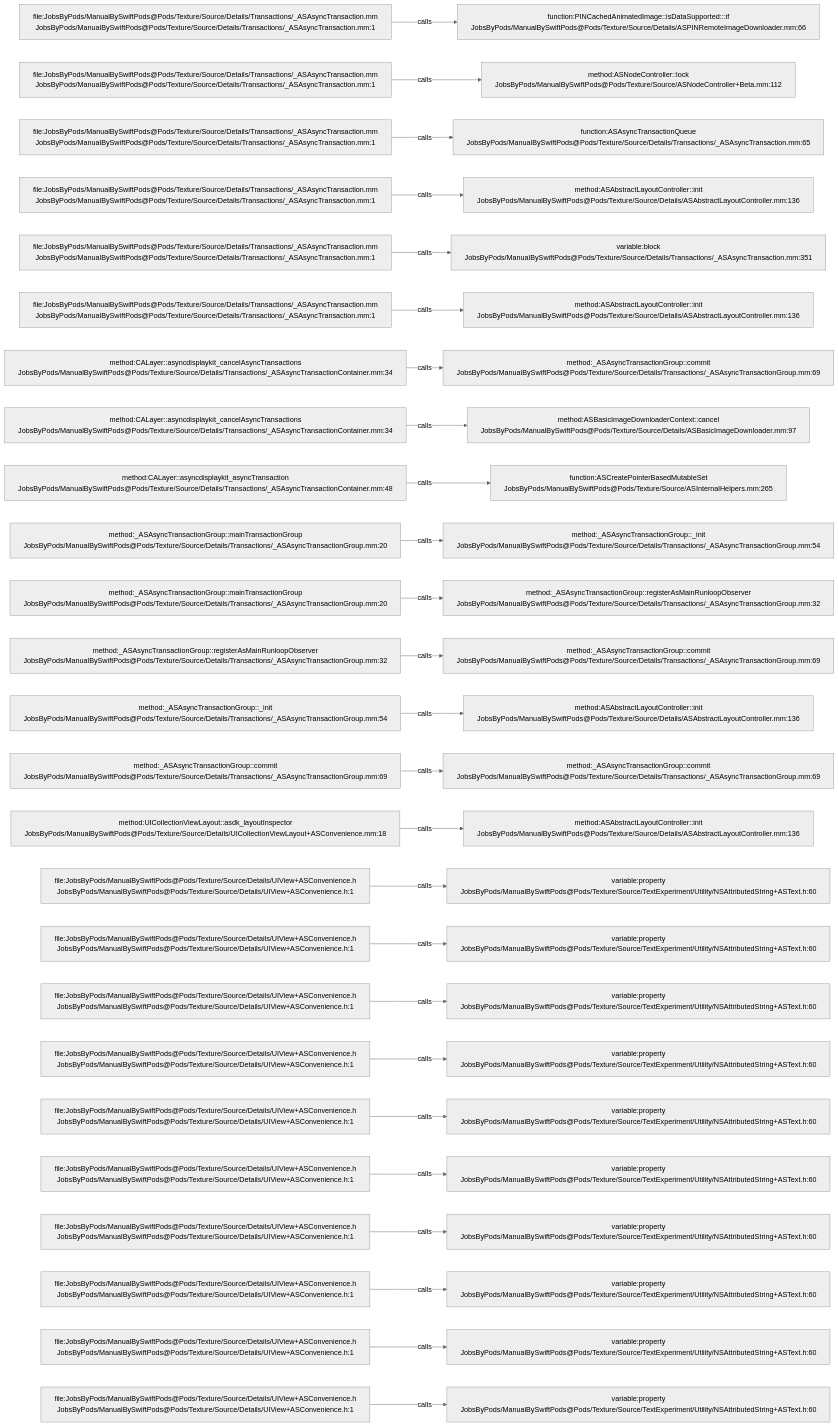
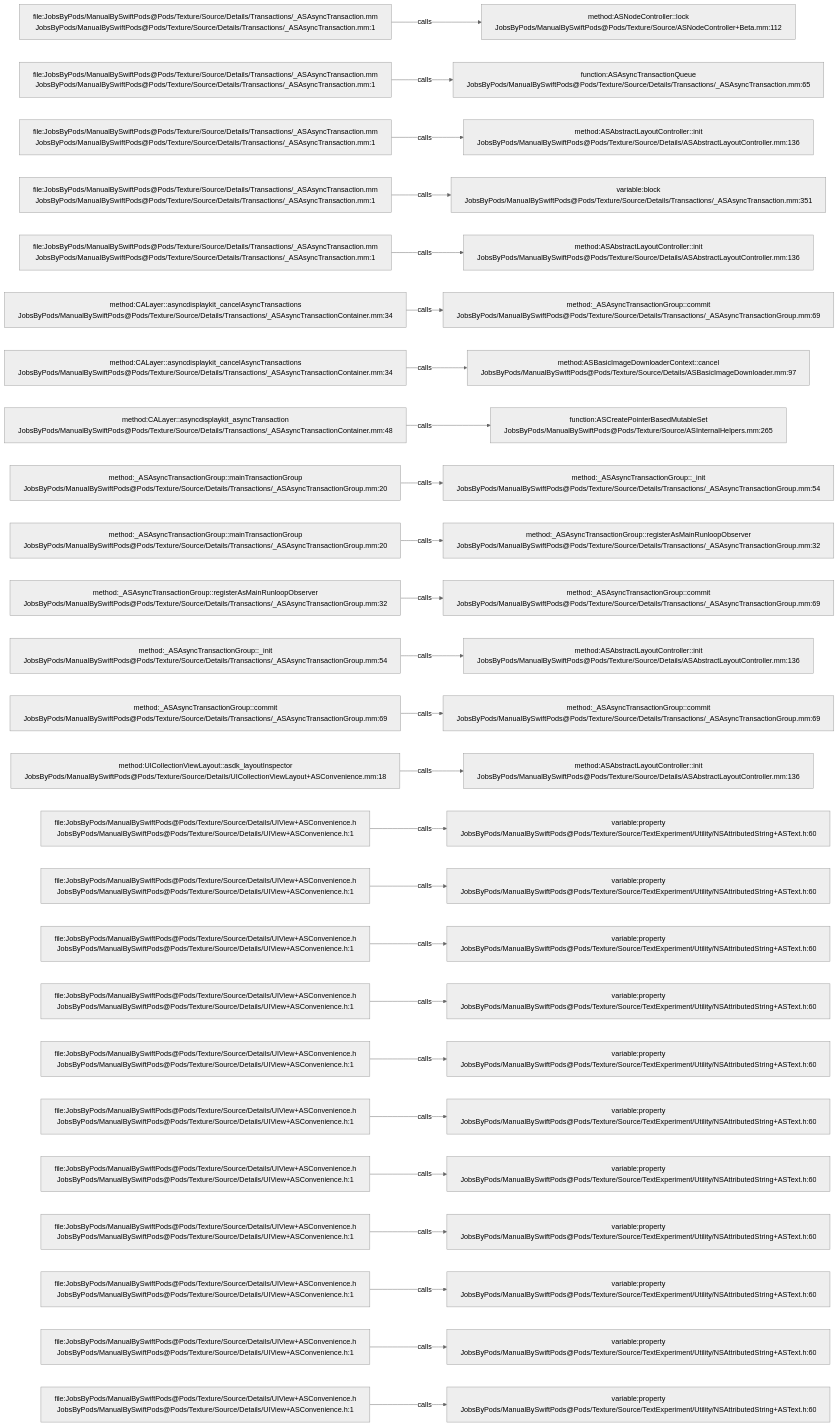
The diagram in .codegraph/codegraph.md/graphs/calls-099.md (JobsKits/JobsSwiftBaseConfigDemo), drawn with Mermaid (neutral theme) before and after one commit. The commit also changed 747 other files, not shown here.

````diff
--- a/.codegraph/codegraph.md/graphs/calls-099.md
+++ b/.codegraph/codegraph.md/graphs/calls-099.md
@@ -13,78 +13,78 @@
 ```mermaid
 flowchart LR
   S1["file:JobsByPods/ManualBySwiftPods@Pods/Texture/Source/Details/Transactions/_ASAsyncTransaction.mm<br/>JobsByPods/ManualBySwiftPods@Pods/Texture/Source/Details/Transactions/_ASAsyncTransaction.mm:1"]
-  T1["function:PINCachedAnimatedImage::isDataSupported:::if<br/>JobsByPods/ManualBySwiftPods@Pods/Texture/Source/Details/ASPINRemoteImageDownloader.mm:66"]
+  T1["method:ASNodeController::lock<br/>JobsByPods/ManualBySwiftPods@Pods/Texture/Source/ASNodeController+Beta.mm:112"]
   S1 -->|calls| T1
   S2["file:JobsByPods/ManualBySwiftPods@Pods/Texture/Source/Details/Transactions/_ASAsyncTransaction.mm<br/>JobsByPods/ManualBySwiftPods@Pods/Texture/Source/Details/Transactions/_ASAsyncTransaction.mm:1"]
-  T2["method:ASNodeController::lock<br/>JobsByPods/ManualBySwiftPods@Pods/Texture/Source/ASNodeController+Beta.mm:112"]
+  T2["function:ASAsyncTransactionQueue<br/>JobsByPods/ManualBySwiftPods@Pods/Texture/Source/Details/Transactions/_ASAsyncTransaction.mm:65"]
   S2 -->|calls| T2
   S3["file:JobsByPods/ManualBySwiftPods@Pods/Texture/Source/Details/Transactions/_ASAsyncTransaction.mm<br/>JobsByPods/ManualBySwiftPods@Pods/Texture/Source/Details/Transactions/_ASAsyncTransaction.mm:1"]
-  T3["function:ASAsyncTransactionQueue<br/>JobsByPods/ManualBySwiftPods@Pods/Texture/Source/Details/Transactions/_ASAsyncTransaction.mm:65"]
+  T3["method:ASAbstractLayoutController::init<br/>JobsByPods/ManualBySwiftPods@Pods/Texture/Source/Details/ASAbstractLayoutController.mm:136"]
   S3 -->|calls| T3
   S4["file:JobsByPods/ManualBySwiftPods@Pods/Texture/Source/Details/Transactions/_ASAsyncTransaction.mm<br/>JobsByPods/ManualBySwiftPods@Pods/Texture/Source/Details/Transactions/_ASAsyncTransaction.mm:1"]
-  T4["method:ASAbstractLayoutController::init<br/>JobsByPods/ManualBySwiftPods@Pods/Texture/Source/Details/ASAbstractLayoutController.mm:136"]
+  T4["variable:block<br/>JobsByPods/ManualBySwiftPods@Pods/Texture/Source/Details/Transactions/_ASAsyncTransaction.mm:351"]
   S4 -->|calls| T4
   S5["file:JobsByPods/ManualBySwiftPods@Pods/Texture/Source/Details/Transactions/_ASAsyncTransaction.mm<br/>JobsByPods/ManualBySwiftPods@Pods/Texture/Source/Details/Transactions/_ASAsyncTransaction.mm:1"]
-  T5["variable:block<br/>JobsByPods/ManualBySwiftPods@Pods/Texture/Source/Details/Transactions/_ASAsyncTransaction.mm:351"]
+  T5["method:ASAbstractLayoutController::init<br/>JobsByPods/ManualBySwiftPods@Pods/Texture/Source/Details/ASAbstractLayoutController.mm:136"]
   S5 -->|calls| T5
-  S6["file:JobsByPods/ManualBySwiftPods@Pods/Texture/Source/Details/Transactions/_ASAsyncTransaction.mm<br/>JobsByPods/ManualBySwiftPods@Pods/Texture/Source/Details/Transactions/_ASAsyncTransaction.mm:1"]
-  T6["method:ASAbstractLayoutController::init<br/>JobsByPods/ManualBySwiftPods@Pods/Texture/Source/Details/ASAbstractLayoutController.mm:136"]
+  S6["method:CALayer::asyncdisplaykit_cancelAsyncTransactions<br/>JobsByPods/ManualBySwiftPods@Pods/Texture/Source/Details/Transactions/_ASAsyncTransactionContainer.mm:34"]
+  T6["method:_ASAsyncTransactionGroup::commit<br/>JobsByPods/ManualBySwiftPods@Pods/Texture/Source/Details/Transactions/_ASAsyncTransactionGroup.mm:69"]
   S6 -->|calls| T6
   S7["method:CALayer::asyncdisplaykit_cancelAsyncTransactions<br/>JobsByPods/ManualBySwiftPods@Pods/Texture/Source/Details/Transactions/_ASAsyncTransactionContainer.mm:34"]
-  T7["method:_ASAsyncTransactionGroup::commit<br/>JobsByPods/ManualBySwiftPods@Pods/Texture/Source/Details/Transactions/_ASAsyncTransactionGroup.mm:69"]
+  T7["method:ASBasicImageDownloaderContext::cancel<br/>JobsByPods/ManualBySwiftPods@Pods/Texture/Source/Details/ASBasicImageDownloader.mm:97"]
   S7 -->|calls| T7
-  S8["method:CALayer::asyncdisplaykit_cancelAsyncTransactions<br/>JobsByPods/ManualBySwiftPods@Pods/Texture/Source/Details/Transactions/_ASAsyncTransactionContainer.mm:34"]
-  T8["method:ASBasicImageDownloaderContext::cancel<br/>JobsByPods/ManualBySwiftPods@Pods/Texture/Source/Details/ASBasicImageDownloader.mm:97"]
+  S8["method:CALayer::asyncdisplaykit_asyncTransaction<br/>JobsByPods/ManualBySwiftPods@Pods/Texture/Source/Details/Transactions/_ASAsyncTransactionContainer.mm:48"]
+  T8["function:ASCreatePointerBasedMutableSet<br/>JobsByPods/ManualBySwiftPods@Pods/Texture/Source/ASInternalHelpers.mm:265"]
   S8 -->|calls| T8
-  S9["method:CALayer::asyncdisplaykit_asyncTransaction<br/>JobsByPods/ManualBySwiftPods@Pods/Texture/Source/Details/Transactions/_ASAsyncTransactionContainer.mm:48"]
-  T9["function:ASCreatePointerBasedMutableSet<br/>JobsByPods/ManualBySwiftPods@Pods/Texture/Source/ASInternalHelpers.mm:265"]
+  S9["method:_ASAsyncTransactionGroup::mainTransactionGroup<br/>JobsByPods/ManualBySwiftPods@Pods/Texture/Source/Details/Transactions/_ASAsyncTransactionGroup.mm:20"]
+  T9["method:_ASAsyncTransactionGroup::_init<br/>JobsByPods/ManualBySwiftPods@Pods/Texture/Source/Details/Transactions/_ASAsyncTransactionGroup.mm:54"]
   S9 -->|calls| T9
   S10["method:_ASAsyncTransactionGroup::mainTransactionGroup<br/>JobsByPods/ManualBySwiftPods@Pods/Texture/Source/Details/Transactions/_ASAsyncTransactionGroup.mm:20"]
-  T10["method:_ASAsyncTransactionGroup::_init<br/>JobsByPods/ManualBySwiftPods@Pods/Texture/Source/Details/Transactions/_ASAsyncTransactionGroup.mm:54"]
+  T10["method:_ASAsyncTransactionGroup::registerAsMainRunloopObserver<br/>JobsByPods/ManualBySwiftPods@Pods/Texture/Source/Details/Transactions/_ASAsyncTransactionGroup.mm:32"]
   S10 -->|calls| T10
-  S11["method:_ASAsyncTransactionGroup::mainTransactionGroup<br/>JobsByPods/ManualBySwiftPods@Pods/Texture/Source/Details/Transactions/_ASAsyncTransactionGroup.mm:20"]
-  T11["method:_ASAsyncTransactionGroup::registerAsMainRunloopObserver<br/>JobsByPods/ManualBySwiftPods@Pods/Texture/Source/Details/Transactions/_ASAsyncTransactionGroup.mm:32"]
+  S11["method:_ASAsyncTransactionGroup::registerAsMainRunloopObserver<br/>JobsByPods/ManualBySwiftPods@Pods/Texture/Source/Details/Transactions/_ASAsyncTransactionGroup.mm:32"]
+  T11["method:_ASAsyncTransactionGroup::commit<br/>JobsByPods/ManualBySwiftPods@Pods/Texture/Source/Details/Transactions/_ASAsyncTransactionGroup.mm:69"]
   S11 -->|calls| T11
-  S12["method:_ASAsyncTransactionGroup::registerAsMainRunloopObserver<br/>JobsByPods/ManualBySwiftPods@Pods/Texture/Source/Details/Transactions/_ASAsyncTransactionGroup.mm:32"]
-  T12["method:_ASAsyncTransactionGroup::commit<br/>JobsByPods/ManualBySwiftPods@Pods/Texture/Source/Details/Transactions/_ASAsyncTransactionGroup.mm:69"]
+  S12["method:_ASAsyncTransactionGroup::_init<br/>JobsByPods/ManualBySwiftPods@Pods/Texture/Source/Details/Transactions/_ASAsyncTransactionGroup.mm:54"]
+  T12["method:ASAbstractLayoutController::init<br/>JobsByPods/ManualBySwiftPods@Pods/Texture/Source/Details/ASAbstractLayoutController.mm:136"]
   S12 -->|calls| T12
-  S13["method:_ASAsyncTransactionGroup::_init<br/>JobsByPods/ManualBySwiftPods@Pods/Texture/Source/Details/Transactions/_ASAsyncTransactionGroup.mm:54"]
-  T13["method:ASAbstractLayoutController::init<br/>JobsByPods/ManualBySwiftPods@Pods/Texture/Source/Details/ASAbstractLayoutController.mm:136"]
+  S13["method:_ASAsyncTransactionGroup::commit<br/>JobsByPods/ManualBySwiftPods@Pods/Texture/Source/Details/Transactions/_ASAsyncTransactionGroup.mm:69"]
+  T13["method:_ASAsyncTransactionGroup::commit<br/>JobsByPods/ManualBySwiftPods@Pods/Texture/Source/Details/Transactions/_ASAsyncTransactionGroup.mm:69"]
   S13 -->|calls| T13
-  S14["method:_ASAsyncTransactionGroup::commit<br/>JobsByPods/ManualBySwiftPods@Pods/Texture/Source/Details/Transactions/_ASAsyncTransactionGroup.mm:69"]
-  T14["method:_ASAsyncTransactionGroup::commit<br/>JobsByPods/ManualBySwiftPods@Pods/Texture/Source/Details/Transactions/_ASAsyncTransactionGroup.mm:69"]
+  S14["method:UICollectionViewLayout::asdk_layoutInspector<br/>JobsByPods/ManualBySwiftPods@Pods/Texture/Source/Details/UICollectionViewLayout+ASConvenience.mm:18"]
+  T14["method:ASAbstractLayoutController::init<br/>JobsByPods/ManualBySwiftPods@Pods/Texture/Source/Details/ASAbstractLayoutController.mm:136"]
   S14 -->|calls| T14
-  S15["method:UICollectionViewLayout::asdk_layoutInspector<br/>JobsByPods/ManualBySwiftPods@Pods/Texture/Source/Details/UICollectionViewLayout+ASConvenience.mm:18"]
-  T15["method:ASAbstractLayoutController::init<br/>JobsByPods/ManualBySwiftPods@Pods/Texture/Source/Details/ASAbstractLayoutController.mm:136"]
+  S15["file:JobsByPods/ManualBySwiftPods@Pods/Texture/Source/Details/UIView+ASConvenience.h<br/>JobsByPods/ManualBySwiftPods@Pods/Texture/Source/Details/UIView+ASConvenience.h:1"]
+  T15["variable:property<br/>JobsByPods/ManualBySwiftPods@Pods/Texture/Source/TextExperiment/Utility/NSAttributedString+ASText.h:60"]
   S15 -->|calls| T15
   S16["file:JobsByPods/ManualBySwiftPods@Pods/Texture/Source/Details/UIView+ASConvenience.h<br/>JobsByPods/ManualBySwiftPods@Pods/Texture/Source/Details/UIView+ASConvenience.h:1"]
   T16["variable:property<br/>JobsByPods/ManualBySwiftPods@Pods/Texture/Source/TextExperiment/Utility/NSAttributedString+ASText.h:60"]
   S16 -->|calls| T16
   S17["file:JobsByPods/ManualBySwiftPods@Pods/Texture/Source/Details/UIView+ASConvenience.h<br/>JobsByPods/ManualBySwiftPods@Pods/Texture/Source/Details/UIView+ASConvenience.h:1"]
   T17["variable:property<br/>JobsByPods/ManualBySwiftPods@Pods/Texture/Source/TextExperiment/Utility/NSAttributedString+ASText.h:60"]
   S17 -->|calls| T17
   S18["file:JobsByPods/ManualBySwiftPods@Pods/Texture/Source/Details/UIView+ASConvenience.h<br/>JobsByPods/ManualBySwiftPods@Pods/Texture/Source/Details/UIView+ASConvenience.h:1"]
   T18["variable:property<br/>JobsByPods/ManualBySwiftPods@Pods/Texture/Source/TextExperiment/Utility/NSAttributedString+ASText.h:60"]
   S18 -->|calls| T18
   S19["file:JobsByPods/ManualBySwiftPods@Pods/Texture/Source/Details/UIView+ASConvenience.h<br/>JobsByPods/ManualBySwiftPods@Pods/Texture/Source/Details/UIView+ASConvenience.h:1"]
   T19["variable:property<br/>JobsByPods/ManualBySwiftPods@Pods/Texture/Source/TextExperiment/Utility/NSAttributedString+ASText.h:60"]
   S19 -->|calls| T19
   S20["file:JobsByPods/ManualBySwiftPods@Pods/Texture/Source/Details/UIView+ASConvenience.h<br/>JobsByPods/ManualBySwiftPods@Pods/Texture/Source/Details/UIView+ASConvenience.h:1"]
   T20["variable:property<br/>JobsByPods/ManualBySwiftPods@Pods/Texture/Source/TextExperiment/Utility/NSAttributedString+ASText.h:60"]
   S20 -->|calls| T20
   S21["file:JobsByPods/ManualBySwiftPods@Pods/Texture/Source/Details/UIView+ASConvenience.h<br/>JobsByPods/ManualBySwiftPods@Pods/Texture/Source/Details/UIView+ASConvenience.h:1"]
   T21["variable:property<br/>JobsByPods/ManualBySwiftPods@Pods/Texture/Source/TextExperiment/Utility/NSAttributedString+ASText.h:60"]
   S21 -->|calls| T21
   S22["file:JobsByPods/ManualBySwiftPods@Pods/Texture/Source/Details/UIView+ASConvenience.h<br/>JobsByPods/ManualBySwiftPods@Pods/Texture/Source/Details/UIView+ASConvenience.h:1"]
   T22["variable:property<br/>JobsByPods/ManualBySwiftPods@Pods/Texture/Source/TextExperiment/Utility/NSAttributedString+ASText.h:60"]
   S22 -->|calls| T22
   S23["file:JobsByPods/ManualBySwiftPods@Pods/Texture/Source/Details/UIView+ASConvenience.h<br/>JobsByPods/ManualBySwiftPods@Pods/Texture/Source/Details/UIView+ASConvenience.h:1"]
   T23["variable:property<br/>JobsByPods/ManualBySwiftPods@Pods/Texture/Source/TextExperiment/Utility/NSAttributedString+ASText.h:60"]
   S23 -->|calls| T23
   S24["file:JobsByPods/ManualBySwiftPods@Pods/Texture/Source/Details/UIView+ASConvenience.h<br/>JobsByPods/ManualBySwiftPods@Pods/Texture/Source/Details/UIView+ASConvenience.h:1"]
   T24["variable:property<br/>JobsByPods/ManualBySwiftPods@Pods/Texture/Source/TextExperiment/Utility/NSAttributedString+ASText.h:60"]
   S24 -->|calls| T24
   S25["file:JobsByPods/ManualBySwiftPods@Pods/Texture/Source/Details/UIView+ASConvenience.h<br/>JobsByPods/ManualBySwiftPods@Pods/Texture/Source/Details/UIView+ASConvenience.h:1"]
   T25["variable:property<br/>JobsByPods/ManualBySwiftPods@Pods/Texture/Source/TextExperiment/Utility/NSAttributedString+ASText.h:60"]
   S25 -->|calls| T25
 ```
````
